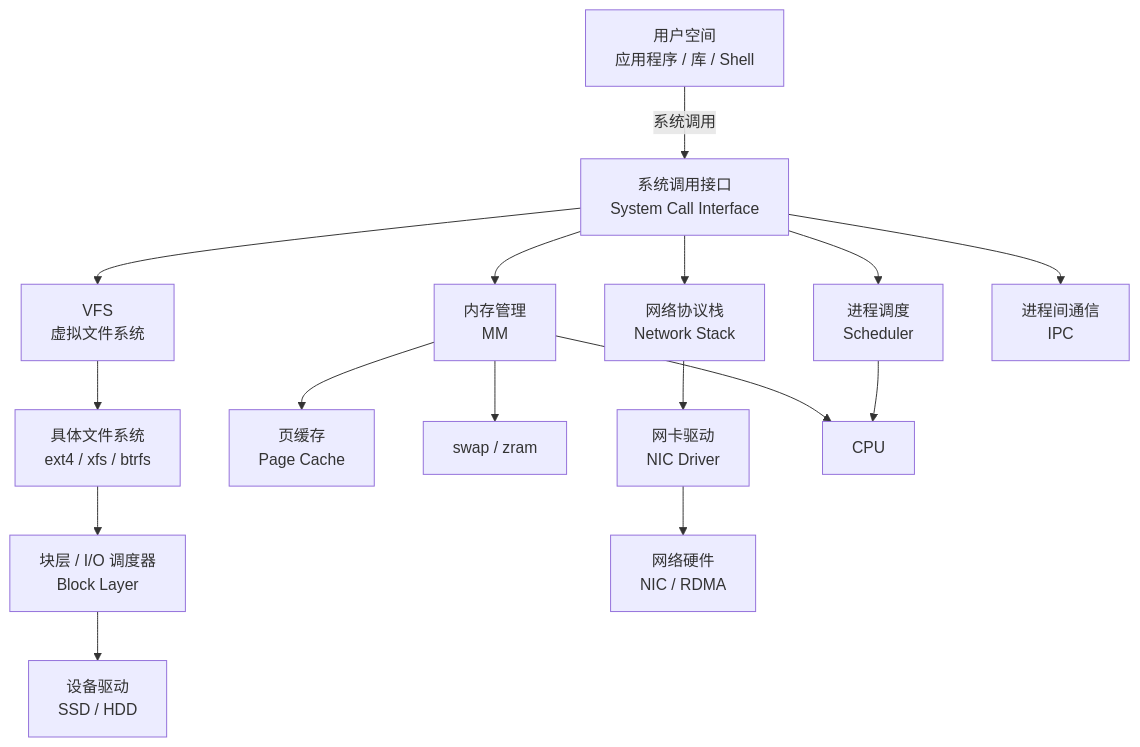
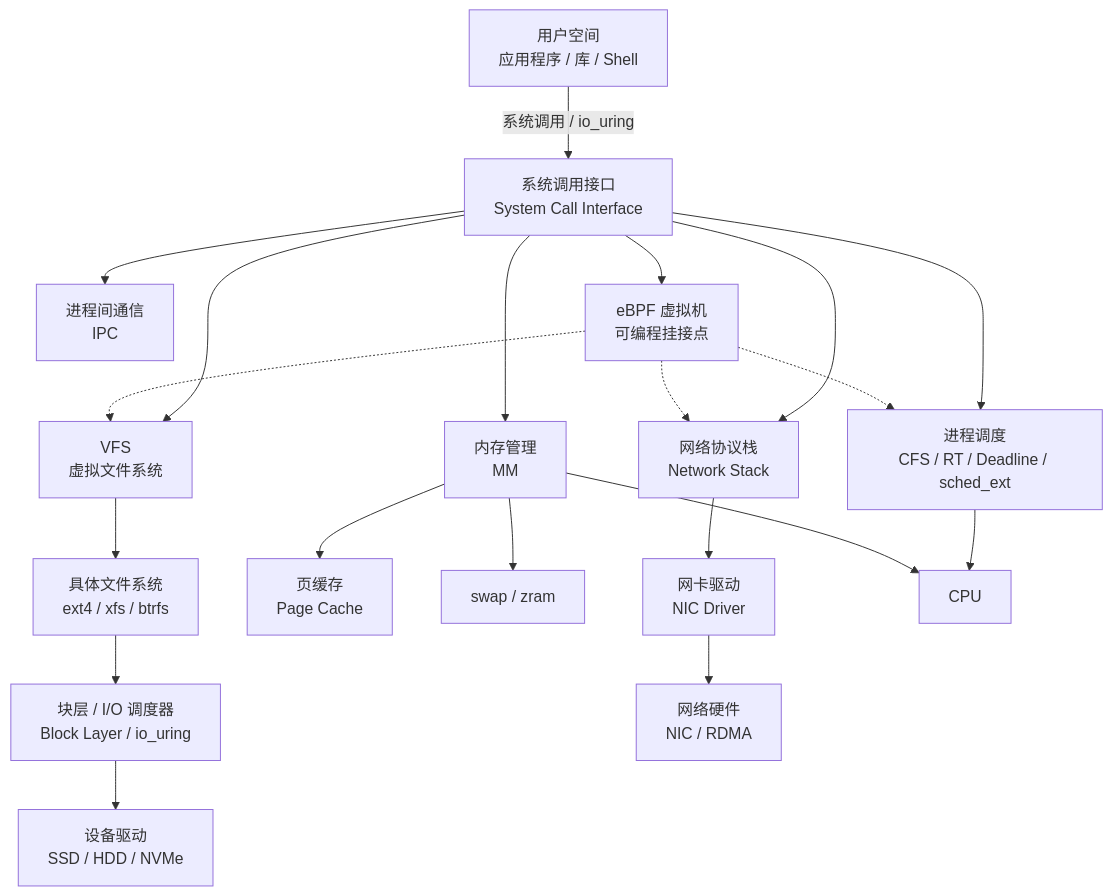
The first of 2 diagrams in docs/01-foundation/linux-systems/03-architecture.md (cypggs/AI_Infra_Handbook), drawn with Mermaid before and after one commit. The commit also changed other lines of this file and 11 other files, not shown here.

Commit message:
更新 Linux 系统主题至 2026-10：sched_ext 可扩展调度器、io_uring、GPU Direct Storage、eBPF 可观测落地、PSI

````diff
--- a/docs/01-foundation/linux-systems/03-architecture.md
+++ b/docs/01-foundation/linux-systems/03-architecture.md
@@ -7,18 +7,22 @@
 ```mermaid
 flowchart TD
-    A[用户空间<br/>应用程序 / 库 / Shell] -->|系统调用| B[系统调用接口<br/>System Call Interface]
+    A[用户空间<br/>应用程序 / 库 / Shell] -->|系统调用 / io_uring| B[系统调用接口<br/>System Call Interface]
     B --> C[VFS<br/>虚拟文件系统]
-    B --> D[进程调度<br/>Scheduler]
+    B --> D[进程调度<br/>CFS / RT / Deadline / sched_ext]
     B --> E[内存管理<br/>MM]
     B --> F[网络协议栈<br/>Network Stack]
     B --> G[进程间通信<br/>IPC]
+    B --> X[eBPF 虚拟机<br/>可编程挂接点]
+    X -.-> D
+    X -.-> F
+    X -.-> C
     C --> H[具体文件系统<br/>ext4 / xfs / btrfs]
-    H --> I[块层 / I/O 调度器<br/>Block Layer]
-    I --> J[设备驱动<br/>SSD / HDD]
+    H --> I[块层 / I/O 调度器<br/>Block Layer / io_uring]
+    I --> J[设备驱动<br/>SSD / HDD / NVMe]
     E --> K[页缓存<br/>Page Cache]
     E --> L[swap / zram]
     F --> M[网卡驱动<br/>NIC Driver]
     D --> N[CPU]
     E --> N
     M --> O[网络硬件<br/>NIC / RDMA]
 ```
````
